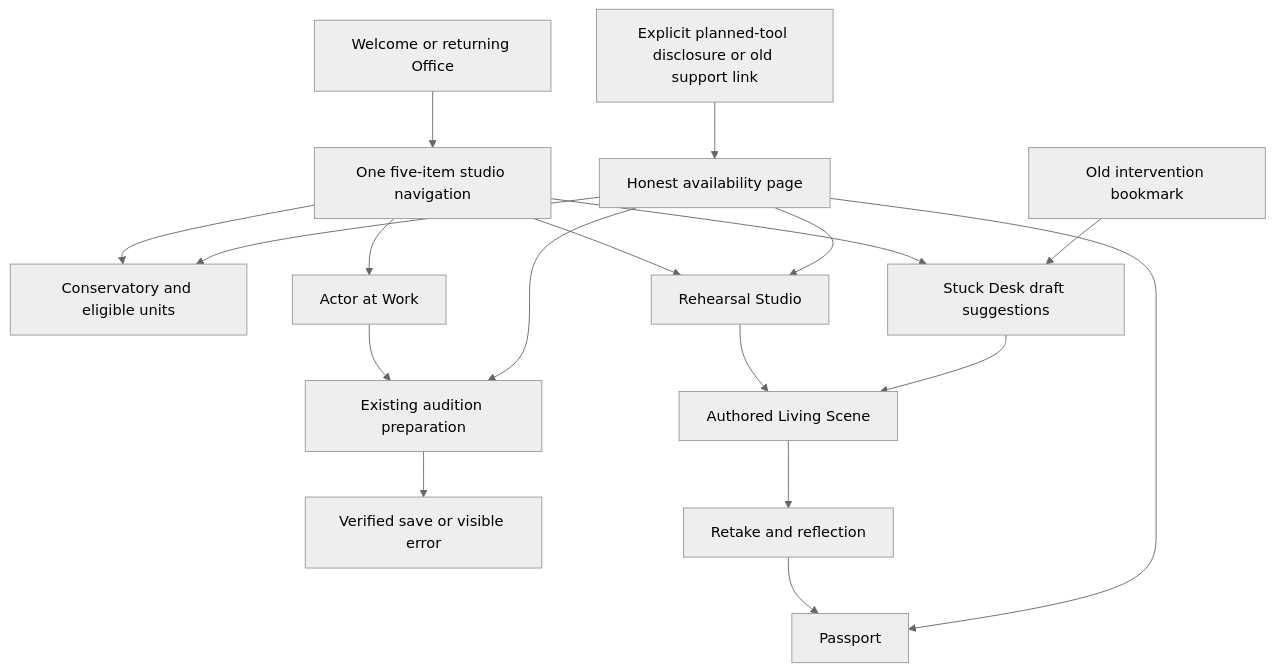
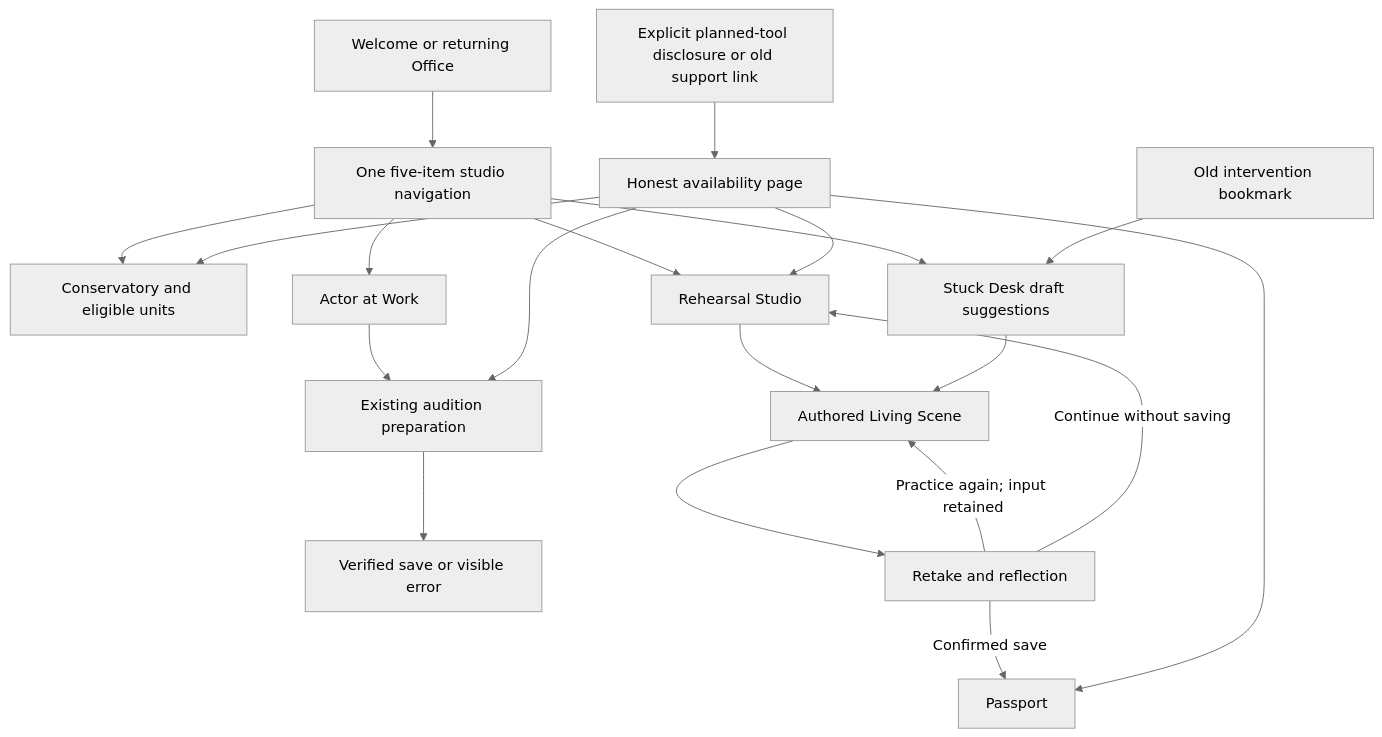
Before and after one commit to theboxentertain-cpu/slams: the diagram in docs/product/SLAMS-INFORMATION-ARCHITECTURE.md, drawn with Mermaid (neutral theme). The commit also changed other lines of this file and 51 other files, not shown here.

````diff
--- a/docs/product/SLAMS-INFORMATION-ARCHITECTURE.md
+++ b/docs/product/SLAMS-INFORMATION-ARCHITECTURE.md
@@ -41,20 +43,22 @@
 ```mermaid
 flowchart TD
   Entry[Welcome or returning Office] --> Nav[One five-item studio navigation]
   Nav --> Schools[Conservatory and eligible units]
   Nav --> Rehearse[Rehearsal Studio]
   Nav --> Work[Actor at Work]
   Nav --> Stuck[Stuck Desk draft suggestions]
   Rehearse --> Scene[Authored Living Scene]
   Stuck --> Scene
   Work --> Prep[Existing audition preparation]
   Prep --> Save[Verified save or visible error]
   Scene --> Reflect[Retake and reflection]
-  Reflect --> Passport[Passport]
+  Reflect -->|Confirmed save| Passport[Passport]
+  Reflect -->|Practice again; input retained| Scene
+  Reflect -->|Continue without saving| Rehearse
   Legacy[Old intervention bookmark] --> Stuck
   Planned[Explicit planned-tool disclosure or old support link] --> Status[Honest availability page]
   Status --> Rehearse
   Status --> Prep
   Status --> Schools
   Status --> Passport
 ```
````
